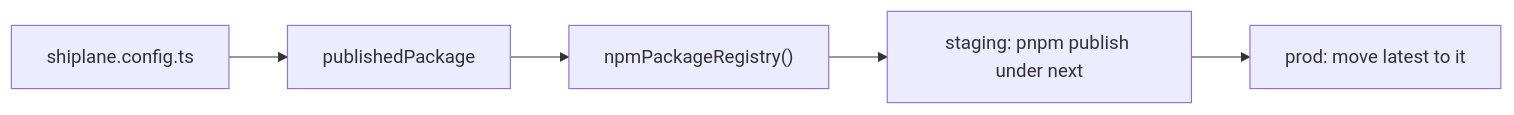
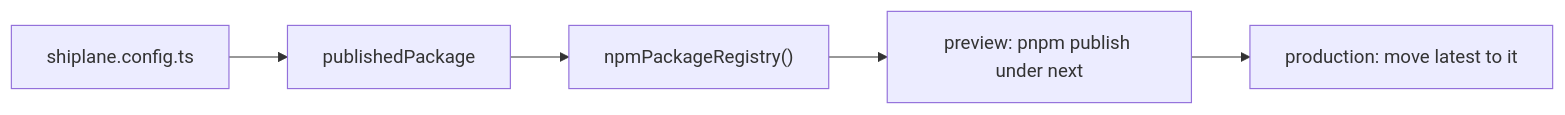
One commit to arnaud-zg/js-packages changed the diagram in packages/shiplane-npm/README.md. Above: the diagram before and after it, drawn with Mermaid. The commit also changed other lines of this file and 131 other files, not shown here.

Commit message:
docs(shiplane): examples, tests and docs show preview and production

````diff
--- a/packages/shiplane-npm/README.md
+++ b/packages/shiplane-npm/README.md
@@ -7,7 +7,7 @@
 ```mermaid
 flowchart LR
     CFG["shiplane.config.ts"] --> MOD["publishedPackage"]
     MOD --> NPM["npmPackageRegistry()"]
-    NPM --> PUB["staging: pnpm publish under next"]
-    PUB --> TAG["prod: move latest to it"]
+    NPM --> PUB["preview: pnpm publish under next"]
+    PUB --> TAG["production: move latest to it"]
 ```
````
